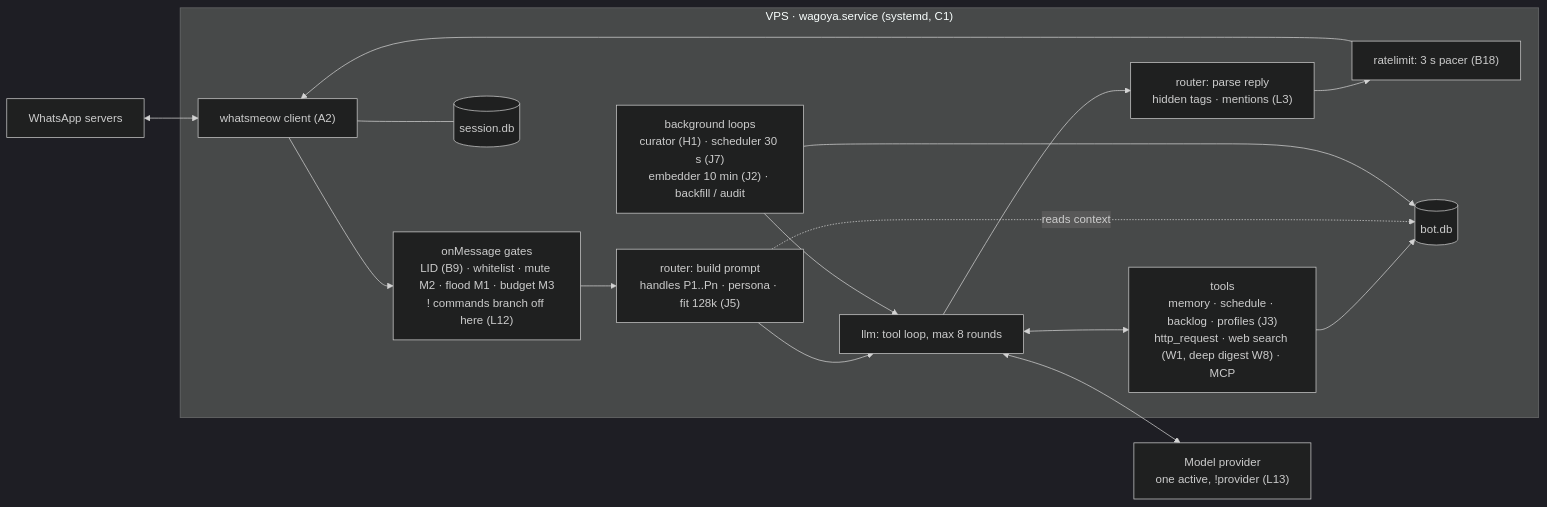
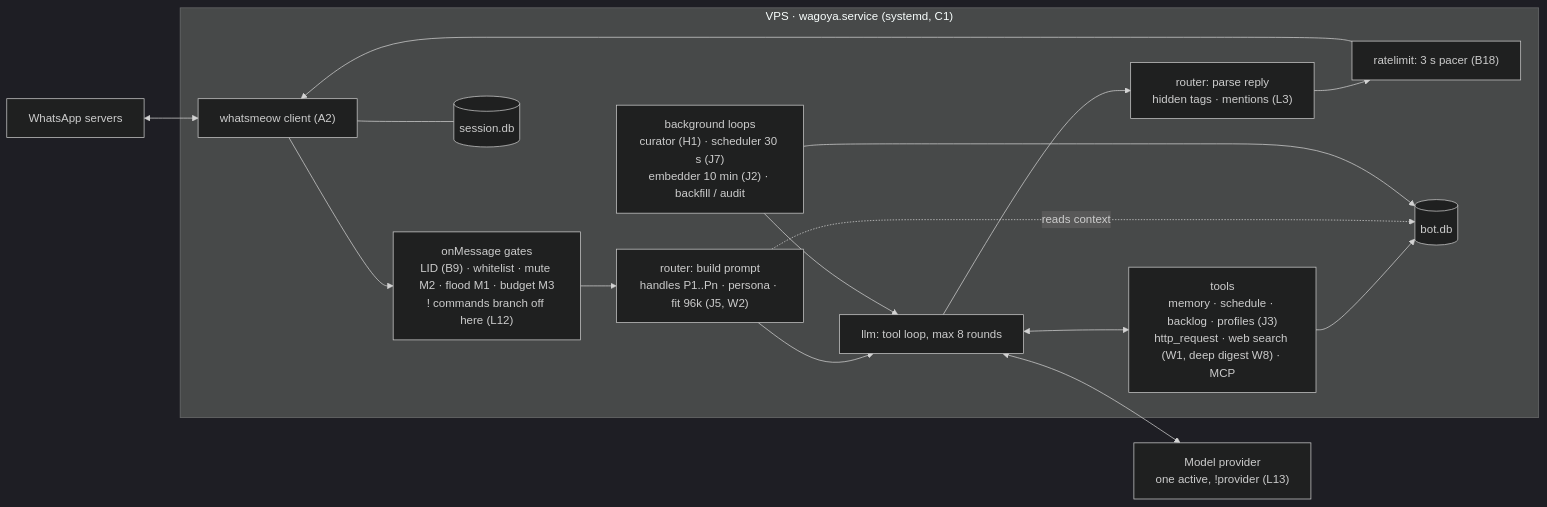
The first of 3 diagrams in ARCHITECTURE.md (kritzerenkrieg/wagoya), drawn with Mermaid (dark theme) before and after one commit. The commit also changed other lines of this file and 2 other files, not shown here.

Commit message:
Z: fix stale and conflicting docs (A7, B7, B16, D2, I6, K5, L13, T1, U3, W4, ARCHITECTURE)

````diff
--- a/ARCHITECTURE.md
+++ b/ARCHITECTURE.md
@@ -7,29 +7,29 @@
 ```mermaid
 flowchart LR
     WA["WhatsApp servers"]
 
     subgraph VPS["VPS · wagoya.service (systemd, C1)"]
         WM["whatsmeow client (A2)"]
         GATE["onMessage gates<br/>LID (B9) · whitelist · mute M2 · flood M1 · budget M3<br/>! commands branch off here (L12)"]
-        BUILD["router: build prompt<br/>handles P1..Pn · persona · fit 128k (J5)"]
+        BUILD["router: build prompt<br/>handles P1..Pn · persona · fit 96k (J5, W2)"]
         LLM["llm: tool loop, max 8 rounds"]
         PARSE["router: parse reply<br/>hidden tags · mentions (L3)"]
         PACE["ratelimit: 3 s pacer (B18)"]
         TOOLS["tools<br/>memory · schedule · backlog · profiles (J3)<br/>http_request · web search (W1, deep digest W8) · MCP"]
         BG["background loops<br/>curator (H1) · scheduler 30 s (J7)<br/>embedder 10 min (J2) · backfill / audit"]
         BDB[("bot.db")]
         SDB[("session.db")]
     end
 
     MODEL["Model provider<br/>one active, !provider (L13)"]
 
     WA <--> WM
     WM --> GATE --> BUILD --> LLM --> PARSE --> PACE --> WM
     LLM <--> MODEL
     LLM <--> TOOLS
     TOOLS --> BDB
     BUILD -. reads context .-> BDB
     BG --> LLM
     BG --> BDB
     WM --- SDB
 ```
````
